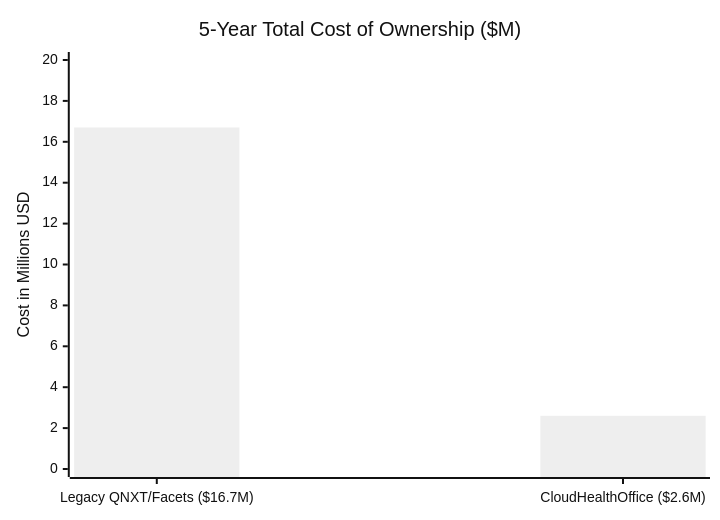
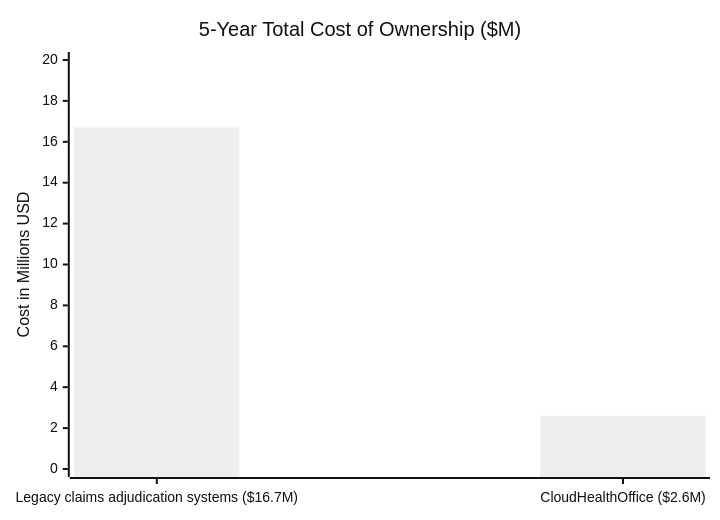
One commit to aurelianware/cloudhealthoffice changed the first of 4 diagrams in docs/WHITEPAPER-CMS-0057-F-COMPLIANCE.md. Above: the diagram before and after it, drawn with Mermaid. The commit also changed other lines of this file and 170 other files, not shown here.

Commit message:
Remove all vendor-specific references (Cognizant, QNXT, Facets, Availity)

````diff
--- a/docs/WHITEPAPER-CMS-0057-F-COMPLIANCE.md
+++ b/docs/WHITEPAPER-CMS-0057-F-COMPLIANCE.md
@@ -162,8 +162,8 @@
 ```mermaid
 %%{init: {'theme': 'neutral', 'themeVariables': { 'primaryColor': '#3498db', 'secondaryColor': '#27ae60' }}}%%
 xychart-beta
     title "5-Year Total Cost of Ownership ($M)"
-    x-axis ["Legacy QNXT/Facets ($16.7M)", "CloudHealthOffice ($2.6M)"]
+    x-axis ["Legacy claims adjudication systems ($16.7M)", "CloudHealthOffice ($2.6M)"]
     y-axis "Cost in Millions USD" 0 --> 20
     bar [16.7, 2.6]
 ```
````
